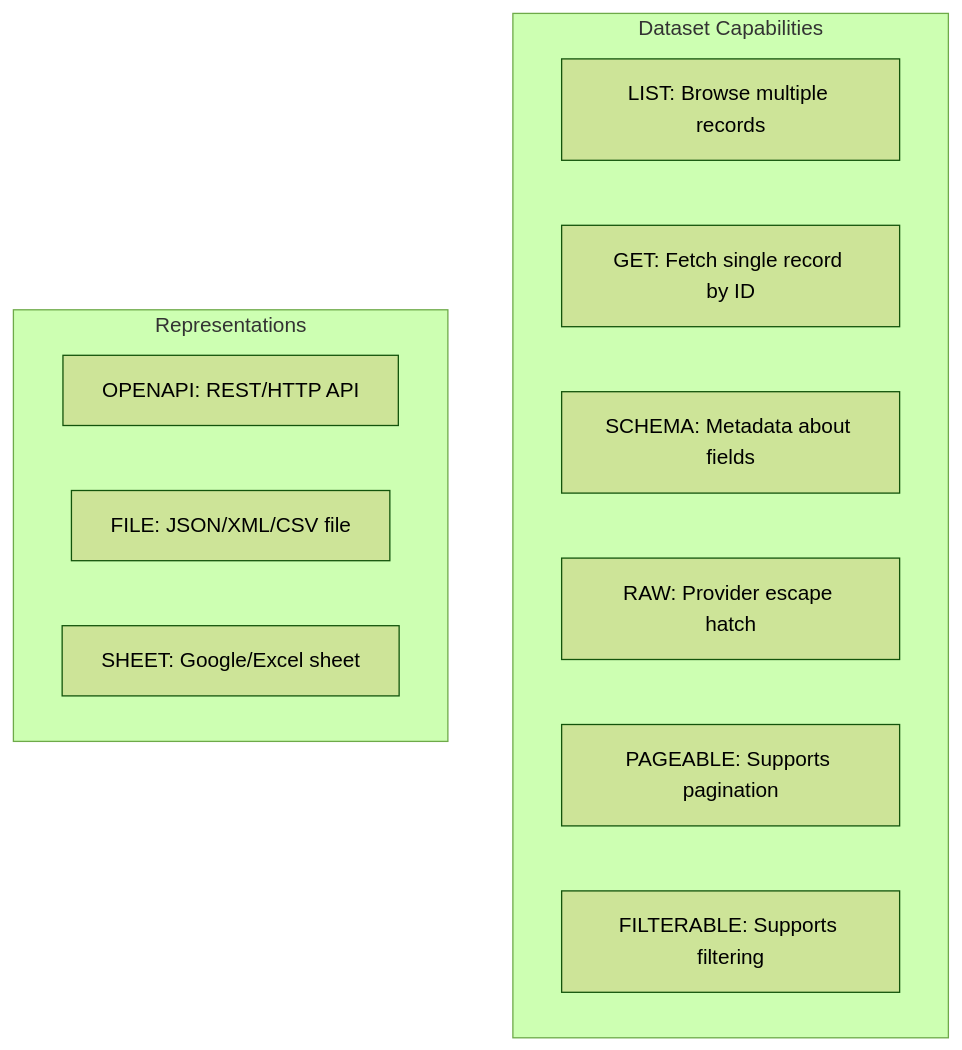
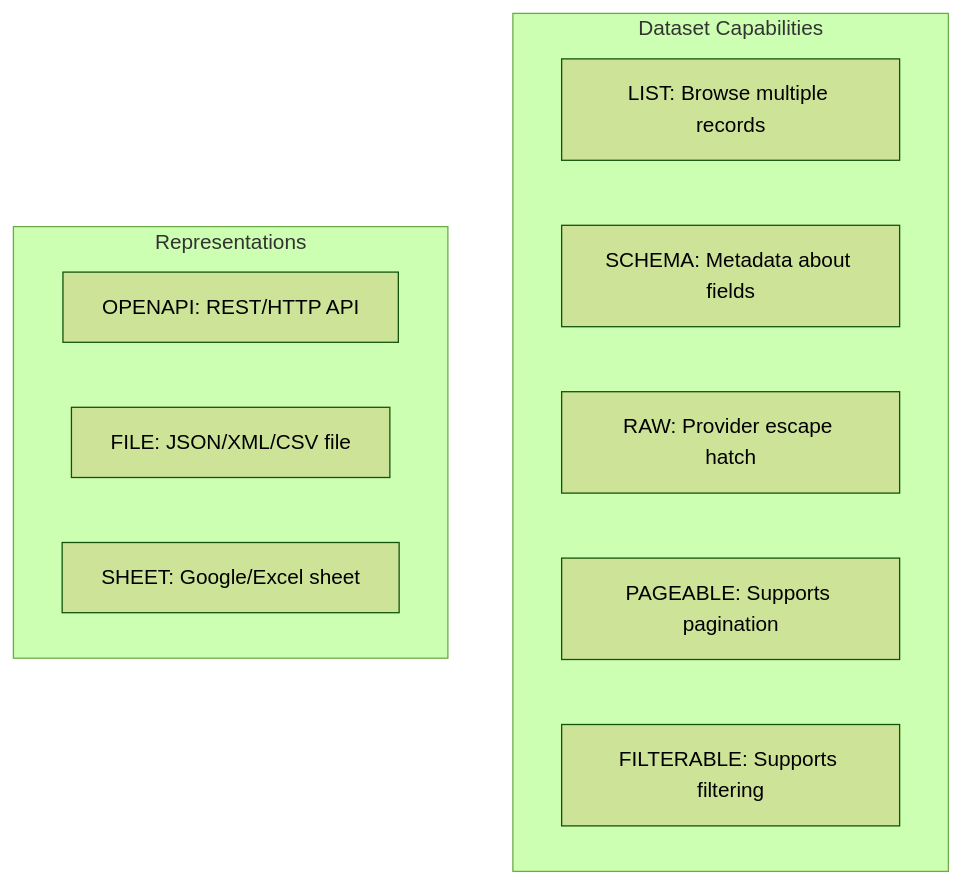
One commit to yeongseon/kpubdata changed the third of 3 diagrams in CANONICAL_MODEL.md. Above: the diagram before and after it, drawn with Mermaid (forest theme). The commit also changed other lines of this file and 8 other files, not shown here.

````diff
--- a/CANONICAL_MODEL.md
+++ b/CANONICAL_MODEL.md
@@ -187,17 +186,16 @@
 ```mermaid
 graph TD
     subgraph Capabilities [Dataset Capabilities]
         LIST[LIST: Browse multiple records]
-        GET[GET: Fetch single record by ID]
         SCHEMA[SCHEMA: Metadata about fields]
         RAW[RAW: Provider escape hatch]
         PAGEABLE[PAGEABLE: Supports pagination]
         FILTERABLE[FILTERABLE: Supports filtering]
     end
 
     subgraph Reps [Representations]
         OPENAPI[OPENAPI: REST/HTTP API]
         FILE[FILE: JSON/XML/CSV file]
         SHEET[SHEET: Google/Excel sheet]
     end
 ```
````
